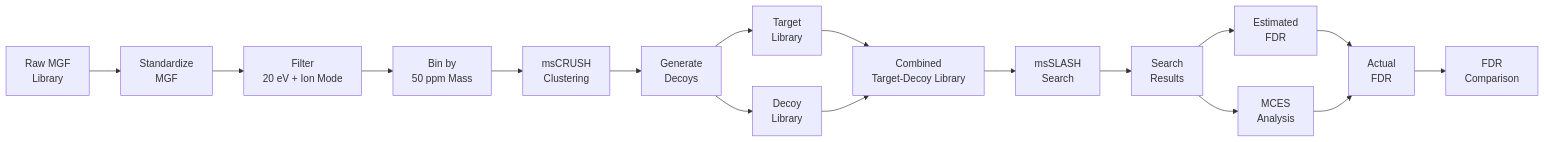
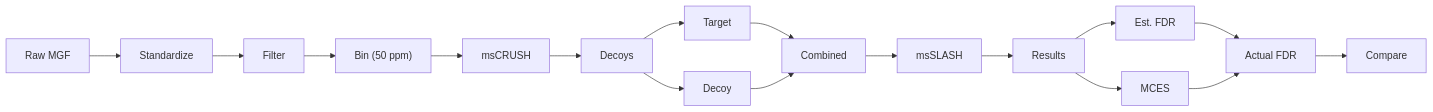
Before and after one commit to chhavithakur15/SPLISUM: the diagram in README.md, drawn with Mermaid. The commit also changed other lines of this file, not shown here.

````diff
--- a/README.md
+++ b/README.md
@@ -252,26 +251,26 @@
 ```mermaid
 flowchart LR
 
-A["Raw MGF<br/>Library"] --> B["Standardize<br/>MGF"]
-B --> C["Filter<br/>20 eV + Ion Mode"]
-C --> D["Bin by<br/>50 ppm Mass"]
-D --> E["msCRUSH<br/>Clustering"]
-E --> F["Generate<br/>Decoys"]
+A["Raw MGF"] --> B["Standardize"]
+B --> C["Filter"]
+C --> D["Bin (50 ppm)"]
+D --> E["msCRUSH"]
+E --> F["Decoys"]
 
-F --> G["Target<br/>Library"]
-F --> H["Decoy<br/>Library"]
+F --> G["Target"]
+F --> H["Decoy"]
 
-G --> I["Combined<br/>Target-Decoy Library"]
+G --> I["Combined"]
 H --> I
 
-I --> J["msSLASH<br/>Search"]
-J --> K["Search<br/>Results"]
+I --> J["msSLASH"]
+J --> K["Results"]
 
-K --> L["Estimated<br/>FDR"]
-K --> M["MCES<br/>Analysis"]
+K --> L["Est. FDR"]
+K --> M["MCES"]
 
-L --> N["Actual<br/>FDR"]
+L --> N["Actual FDR"]
 M --> N
 
-N --> O["FDR<br/>Comparison"]
+N --> O["Compare"]
 ```
````
